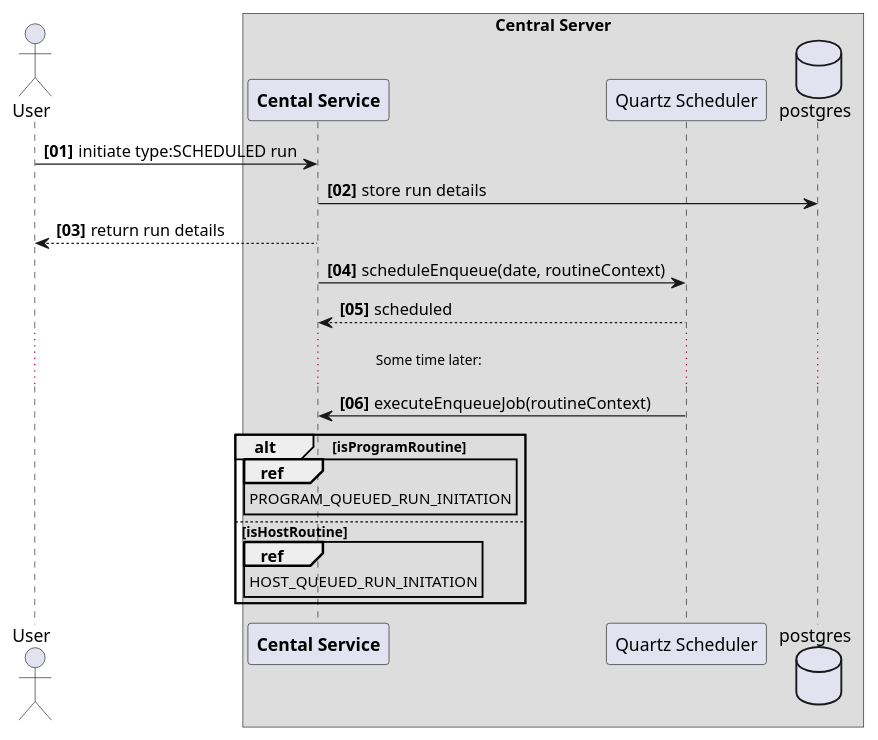
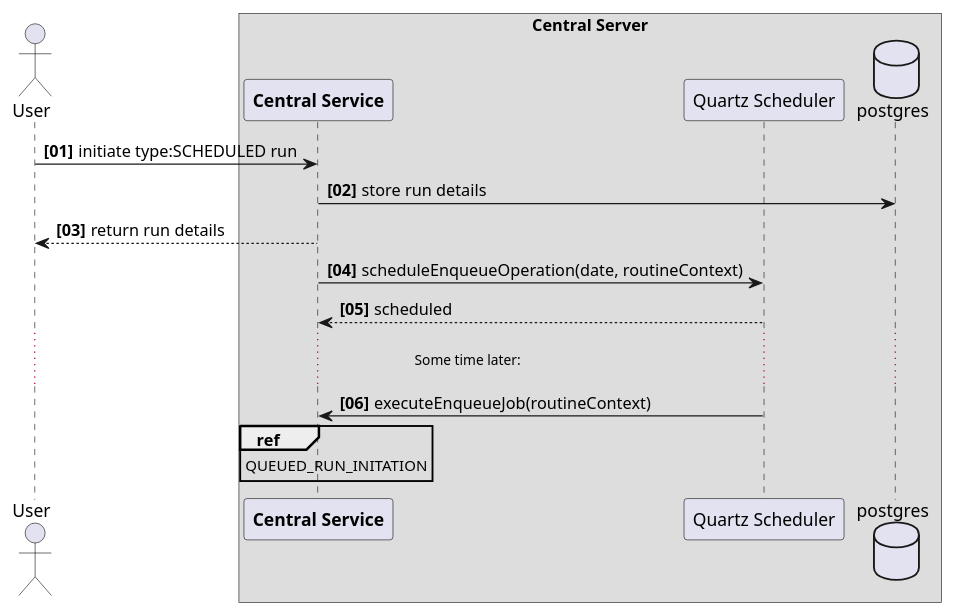
One commit to anovimous/automata changed the diagram in plan/HLD/sequence-diagrams/scheduled-run-initation.puml. Above: the diagram before and after it, drawn with PlantUML.

Commit message:
docs(routine-run-management): edited reference to operations related to queued run initation after they were merged into one

```diff
--- a/plan/HLD/sequence-diagrams/scheduled-run-initation.puml
+++ b/plan/HLD/sequence-diagrams/scheduled-run-initation.puml
@@ -1,25 +1,20 @@
 @startuml
 actor "User" as user
 box "Central Server"
-participant "<b>Cental Service" as api
+participant "<b>Central Service" as api
 participant "Quartz Scheduler" as scheduler
 database postgres
 
 autonumber "<b>[00]"
 user -> api : initiate type:SCHEDULED run
 api -> postgres : store run details
 
 api --> user: return run details
-api -> scheduler : scheduleEnqueue(date, routineContext)
+api -> scheduler : scheduleEnqueueOperation(date, routineContext)
 scheduler --> api : scheduled
 ... Some time later:...
 scheduler -> api : executeEnqueueJob(routineContext)
 
-alt isProgramRoutine
-ref over api : PROGRAM_QUEUED_RUN_INITATION
-else isHostRoutine
-ref over api : HOST_QUEUED_RUN_INITATION
-end
-
+ref over api : QUEUED_RUN_INITATION
 
 @enduml
```
